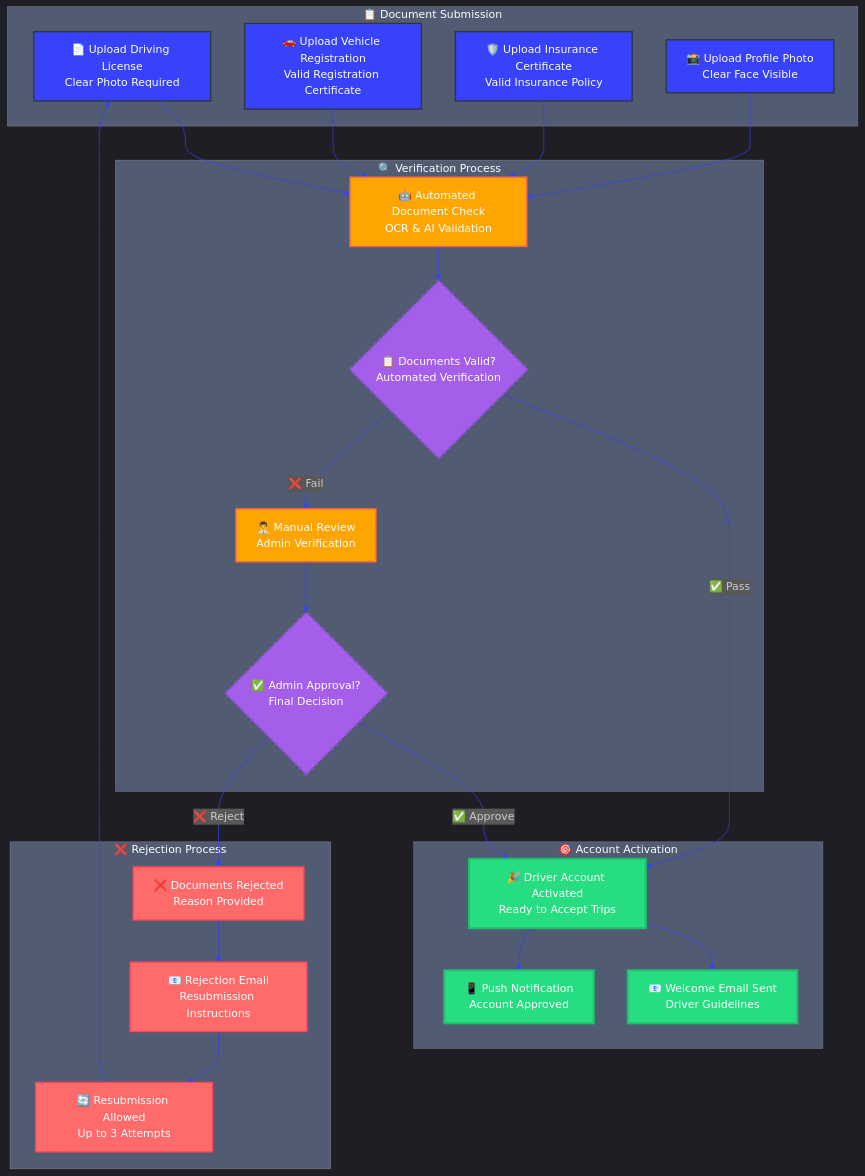
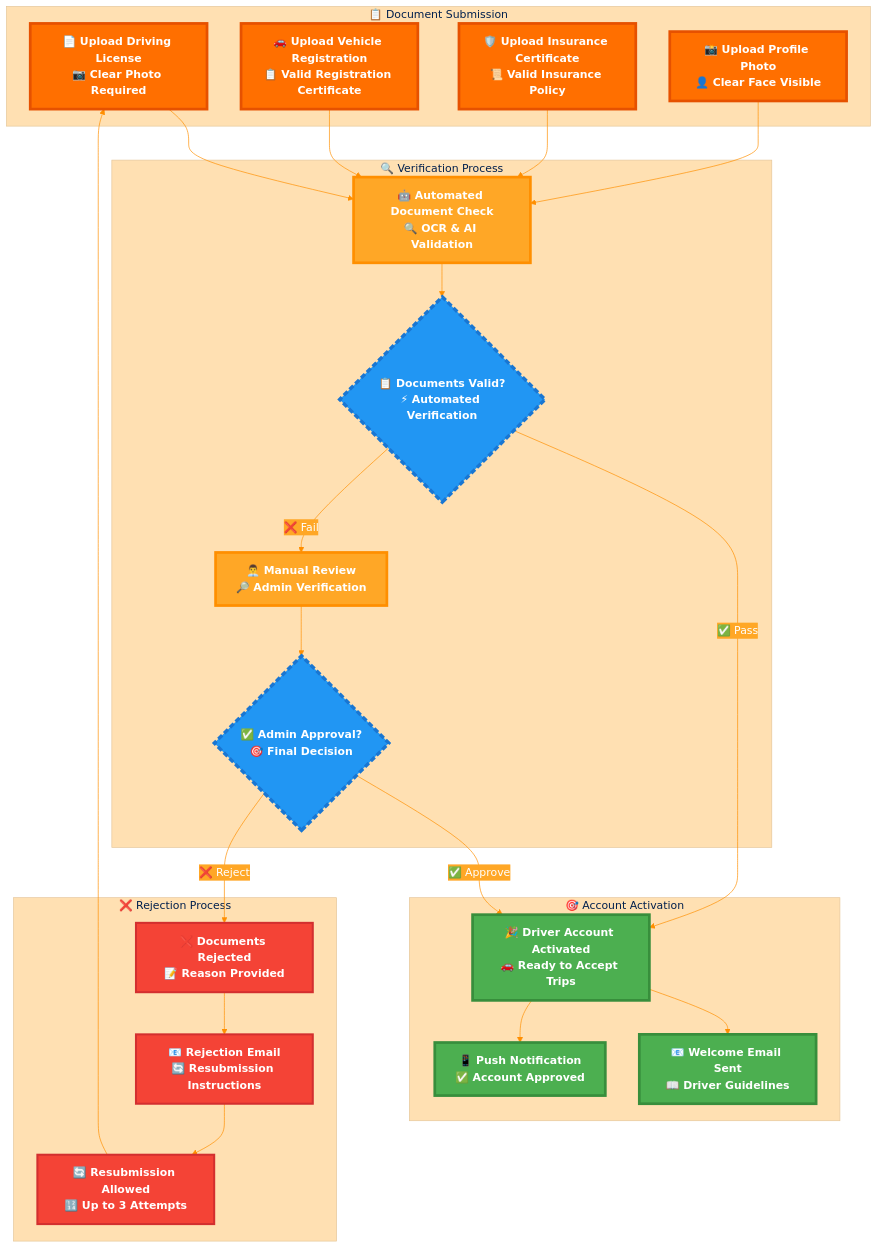
The sixth of 19 diagrams in docs/BUSINESS_PROCESSES.md (abdoElHodaky/transportapp), drawn with Mermaid before and after one commit. The commit also changed other lines of this file and 1 other file, not shown here.

````diff
--- a/docs/BUSINESS_PROCESSES.md
+++ b/docs/BUSINESS_PROCESSES.md
@@ -450,78 +450,78 @@
 ```mermaid
 %%{init: {
-  'theme': 'dark',
+  'theme': 'base',
   'themeVariables': {
-    'primaryColor': '#26de81',
+    'primaryColor': '#FF6F00',
     'primaryTextColor': '#ffffff',
-    'primaryBorderColor': '#20bf6b',
-    'lineColor': '#3742fa',
-    'secondaryColor': '#ff6b6b',
-    'tertiaryColor': '#ffa502',
-    'background': '#1e1e1e',
-    'mainBkg': '#2f3542',
-    'secondBkg': '#57606f',
-    'tertiaryBkg': '#747d8c'
+    'primaryBorderColor': '#E65100',
+    'lineColor': '#FF8F00',
+    'secondaryColor': '#FFA726',
+    'tertiaryColor': '#FFE0B2',
+    'background': '#ffffff',
+    'mainBkg': '#FF6F00',
+    'secondBkg': '#FFA726',
+    'tertiaryBkg': '#FFE0B2'
   }
 }}%%
 
 flowchart TD
     subgraph "📋 Document Submission"
-        A[📄 Upload Driving License<br/>Clear Photo Required]
-        B[🚗 Upload Vehicle Registration<br/>Valid Registration Certificate]
-        C[🛡️ Upload Insurance Certificate<br/>Valid Insurance Policy]
-        D[📸 Upload Profile Photo<br/>Clear Face Visible]
+        A[📄 Upload Driving License<br/>📷 Clear Photo Required]
+        B[🚗 Upload Vehicle Registration<br/>📋 Valid Registration Certificate]
+        C[🛡️ Upload Insurance Certificate<br/>📜 Valid Insurance Policy]
+        D[📸 Upload Profile Photo<br/>👤 Clear Face Visible]
     end
     
     subgraph "🔍 Verification Process"
-        E[🤖 Automated Document Check<br/>OCR & AI Validation]
-        F{📋 Documents Valid?<br/>Automated Verification}
-        G[👨‍💼 Manual Review<br/>Admin Verification]
-        H{✅ Admin Approval?<br/>Final Decision}
+        E[🤖 Automated Document Check<br/>🔍 OCR & AI Validation]
+        F{📋 Documents Valid?<br/>⚡ Automated Verification}
+        G[👨‍💼 Manual Review<br/>🔎 Admin Verification]
+        H{✅ Admin Approval?<br/>🎯 Final Decision}
     end
     
     subgraph "🎯 Account Activation"
-        I[🎉 Driver Account Activated<br/>Ready to Accept Trips]
-        J[📧 Welcome Email Sent<br/>Driver Guidelines]
-        K[📱 Push Notification<br/>Account Approved]
+        I[🎉 Driver Account Activated<br/>🚗 Ready to Accept Trips]
+        J[📧 Welcome Email Sent<br/>📖 Driver Guidelines]
+        K[📱 Push Notification<br/>✅ Account Approved]
     end
     
     subgraph "❌ Rejection Process"
-        L[❌ Documents Rejected<br/>Reason Provided]
-        M[📧 Rejection Email<br/>Resubmission Instructions]
-        N[🔄 Resubmission Allowed<br/>Up to 3 Attempts]
+        L[❌ Documents Rejected<br/>📝 Reason Provided]
+        M[📧 Rejection Email<br/>🔄 Resubmission Instructions]
+        N[🔄 Resubmission Allowed<br/>🔢 Up to 3 Attempts]
     end
 
     %% Flow Connections
     A --> E
     B --> E
     C --> E
     D --> E
     
     E --> F
     F -->|✅ Pass| I
     F -->|❌ Fail| G
     
     G --> H
     H -->|✅ Approve| I
     H -->|❌ Reject| L
     
     I --> J
     I --> K
     
     L --> M
     M --> N
     N --> A
 
-    %% Styling
-    classDef docStyle fill:#3742fa,stroke:#2f3542,stroke-width:2px,color:#fff
-    classDef verifyStyle fill:#ffa502,stroke:#ff6348,stroke-width:2px,color:#fff
-    classDef approveStyle fill:#26de81,stroke:#20bf6b,stroke-width:3px,color:#fff
-    classDef rejectStyle fill:#ff6b6b,stroke:#ff4757,stroke-width:2px,color:#fff
-    classDef decisionStyle fill:#a55eea,stroke:#8854d0,stroke-width:3px,color:#fff,stroke-dasharray: 5 5
+    %% Eye-catching Business Process Styling
+    classDef docSubmission fill:#FF6F00,stroke:#E65100,stroke-width:4px,color:#ffffff,font-weight:bold
+    classDef verificationProcess fill:#FFA726,stroke:#FF8F00,stroke-width:4px,color:#ffffff,font-weight:bold
+    classDef accountActivation fill:#4CAF50,stroke:#388E3C,stroke-width:4px,color:#ffffff,font-weight:bold
+    classDef rejectionProcess fill:#F44336,stroke:#D32F2F,stroke-width:3px,color:#ffffff,font-weight:bold
+    classDef decisionNode fill:#2196F3,stroke:#1976D2,stroke-width:5px,color:#ffffff,font-weight:bold,stroke-dasharray: 8 4
 
-    class A,B,C,D docStyle
-    class E,G verifyStyle
-    class I,J,K approveStyle
-    class L,M,N rejectStyle
-    class F,H decisionStyle
+    class A,B,C,D docSubmission
+    class E,G verificationProcess
+    class I,J,K accountActivation
+    class L,M,N rejectionProcess
+    class F,H decisionNode
 ```
````
